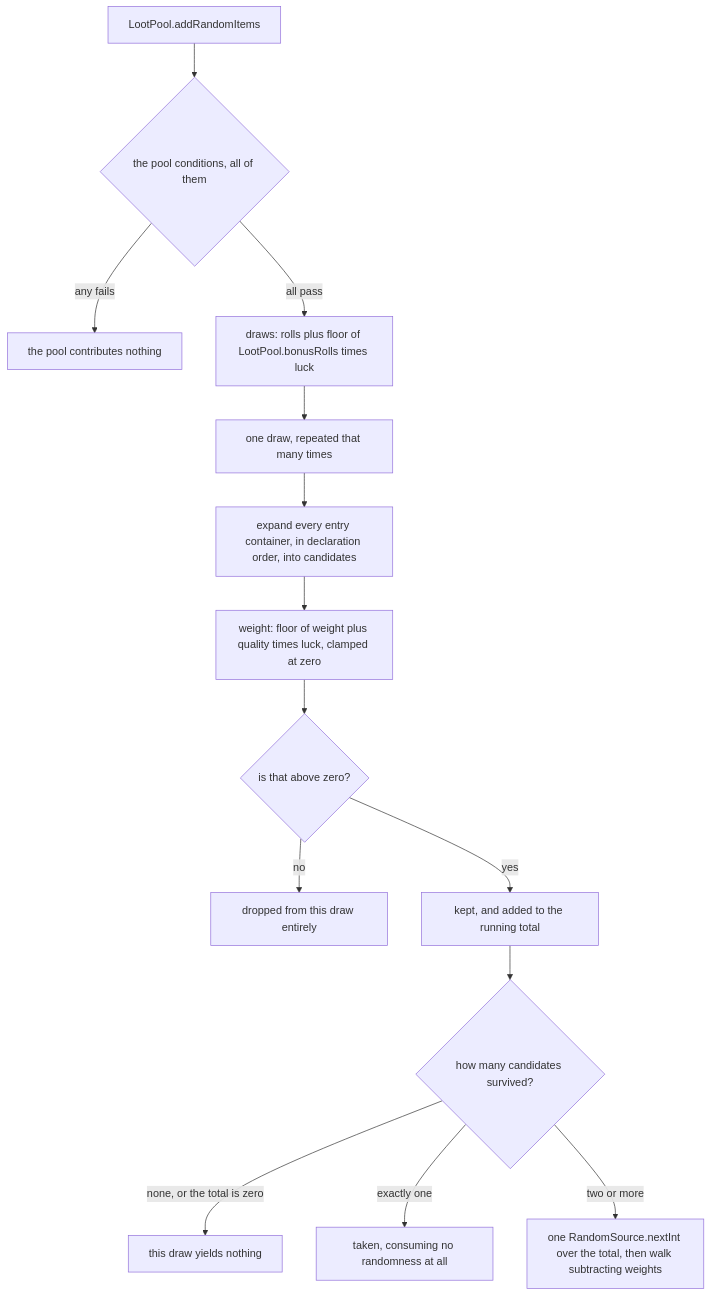
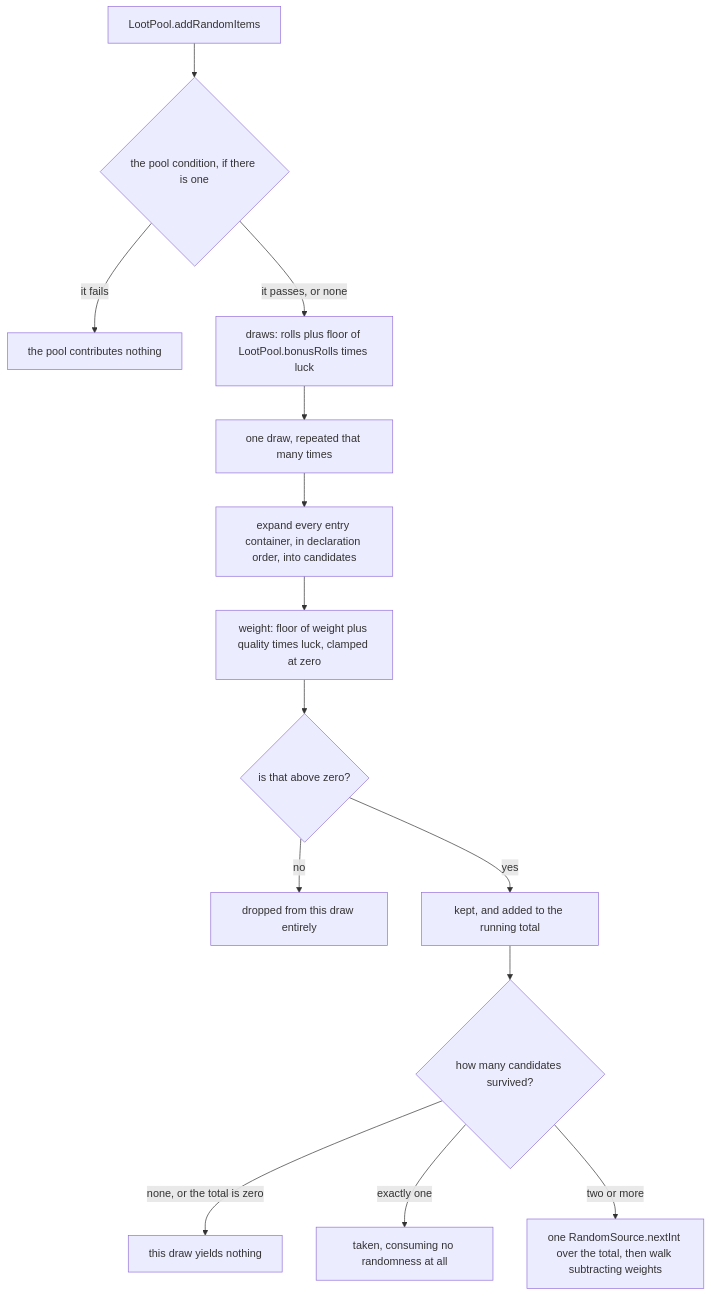
The second of 2 diagrams in src/systems/items/loot-tables.md (AlexanderjFraser/MinecraftDocs), drawn with Mermaid before and after one commit. The commit also changed other lines of this file and 68 other files, not shown here.

````diff
--- a/src/systems/items/loot-tables.md
+++ b/src/systems/items/loot-tables.md
@@ -195,16 +195,16 @@
 ```mermaid
 flowchart TD
-    A["LootPool.addRandomItems"] --> B{"the pool conditions, all of them"}
-    B -->|"any fails"| Z["the pool contributes nothing"]
-    B -->|"all pass"| C["draws: rolls plus floor of LootPool.bonusRolls times luck"]
+    A["LootPool.addRandomItems"] --> B{"the pool condition, if there is one"}
+    B -->|"it fails"| Z["the pool contributes nothing"]
+    B -->|"it passes, or none"| C["draws: rolls plus floor of LootPool.bonusRolls times luck"]
     C --> D["one draw, repeated that many times"]
     D --> E["expand every entry container, in declaration order, into candidates"]
     E --> K["weight: floor of weight plus quality times luck, clamped at zero"]
     K --> L{"is that above zero?"}
     L -->|"no"| M["dropped from this draw entirely"]
     L -->|"yes"| N["kept, and added to the running total"]
     N --> O{"how many candidates survived?"}
     O -->|"none, or the total is zero"| Z2["this draw yields nothing"]
     O -->|"exactly one"| P["taken, consuming no randomness at all"]
     O -->|"two or more"| Q["one RandomSource.nextInt over the total, then walk subtracting weights"]
 ```
````
